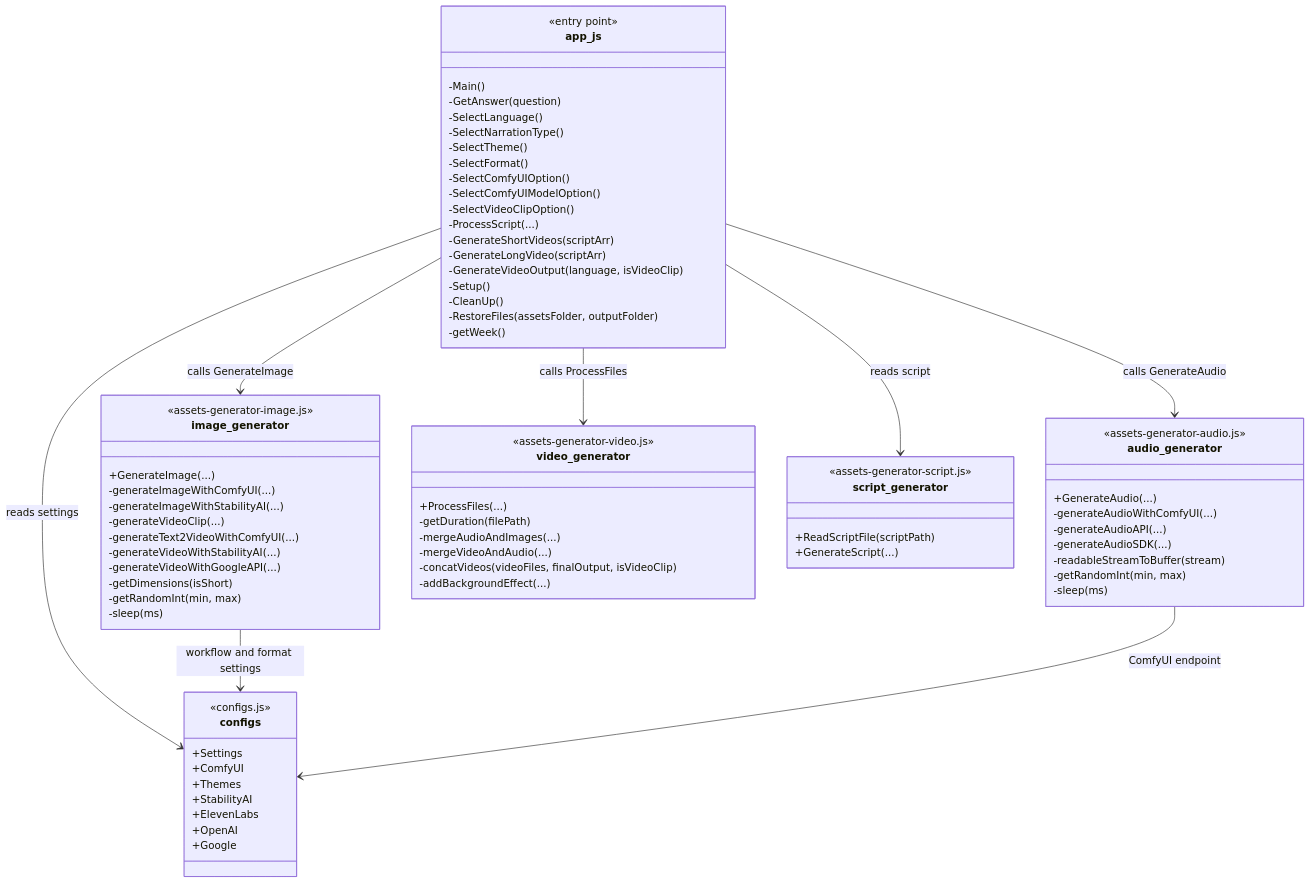
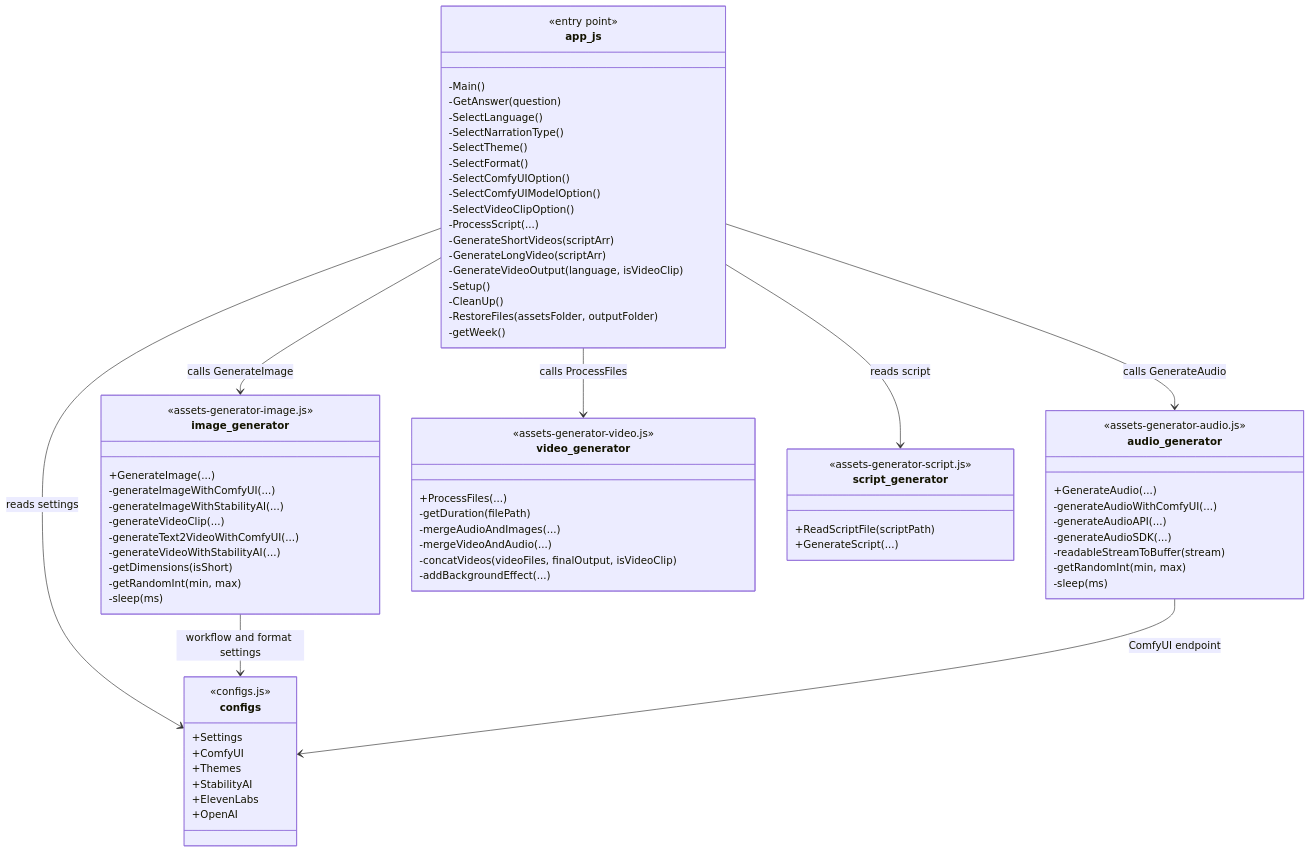
One commit to eduardojaime/AI-Prototypes changed the second of 3 diagrams in StorytellingAI/v5/README.md. Above: the diagram before and after it, drawn with Mermaid. The commit also changed 3 other files, not shown here.

````diff
--- a/StorytellingAI/v5/README.md
+++ b/StorytellingAI/v5/README.md
@@ -32,77 +32,75 @@
 ```mermaid
 classDiagram
 	class app_js {
 		<<entry point>>
 		-Main()
 		-GetAnswer(question)
 		-SelectLanguage()
 		-SelectNarrationType()
 		-SelectTheme()
 		-SelectFormat()
 		-SelectComfyUIOption()
 		-SelectComfyUIModelOption()
 		-SelectVideoClipOption()
 		-ProcessScript(...)
 		-GenerateShortVideos(scriptArr)
 		-GenerateLongVideo(scriptArr)
 		-GenerateVideoOutput(language, isVideoClip)
 		-Setup()
 		-CleanUp()
 		-RestoreFiles(assetsFolder, outputFolder)
 		-getWeek()
 	}
 	class image_generator {
 		<<assets-generator-image.js>>
 		+GenerateImage(...)
 		-generateImageWithComfyUI(...)
 		-generateImageWithStabilityAI(...)
 		-generateVideoClip(...)
 		-generateText2VideoWithComfyUI(...)
 		-generateVideoWithStabilityAI(...)
-		-generateVideoWithGoogleAPI(...)
 		-getDimensions(isShort)
 		-getRandomInt(min, max)
 		-sleep(ms)
 	}
 	class audio_generator {
 		<<assets-generator-audio.js>>
 		+GenerateAudio(...)
 		-generateAudioWithComfyUI(...)
 		-generateAudioAPI(...)
 		-generateAudioSDK(...)
 		-readableStreamToBuffer(stream)
 		-getRandomInt(min, max)
 		-sleep(ms)
 	}
 	class video_generator {
 		<<assets-generator-video.js>>
 		+ProcessFiles(...)
 		-getDuration(filePath)
 		-mergeAudioAndImages(...)
 		-mergeVideoAndAudio(...)
 		-concatVideos(videoFiles, finalOutput, isVideoClip)
 		-addBackgroundEffect(...)
 	}
 	class script_generator {
 		<<assets-generator-script.js>>
 		+ReadScriptFile(scriptPath)
 		+GenerateScript(...)
 	}
 	class configs {
 		<<configs.js>>
 		+Settings
 		+ComfyUI
 		+Themes
 		+StabilityAI
 		+ElevenLabs
 		+OpenAI
-		+Google
 	}
 	app_js --> image_generator : calls GenerateImage
 	app_js --> audio_generator : calls GenerateAudio
 	app_js --> video_generator : calls ProcessFiles
 	app_js --> script_generator : reads script
 	app_js --> configs : reads settings
 	image_generator --> configs : workflow and format settings
 	audio_generator --> configs : ComfyUI endpoint
 ```
````
